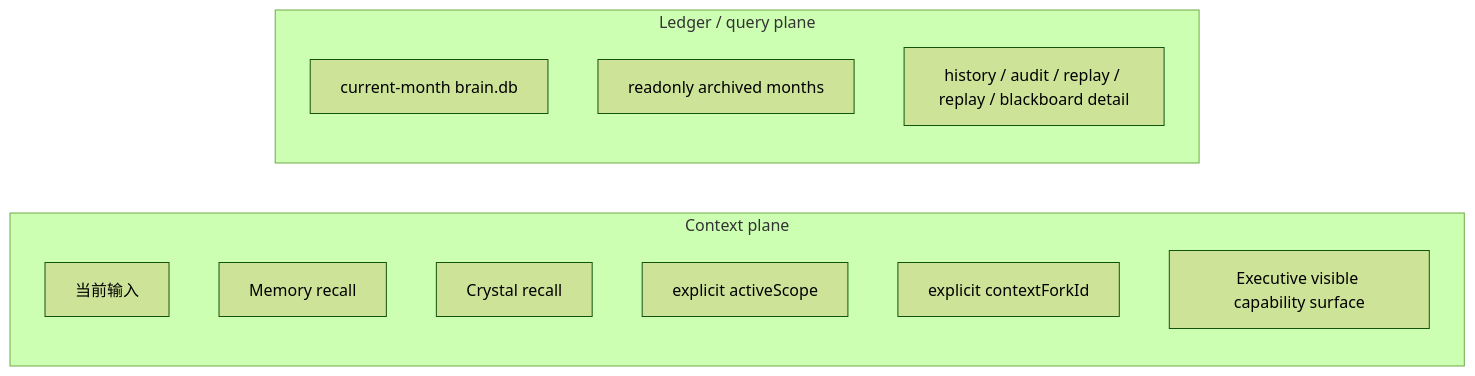
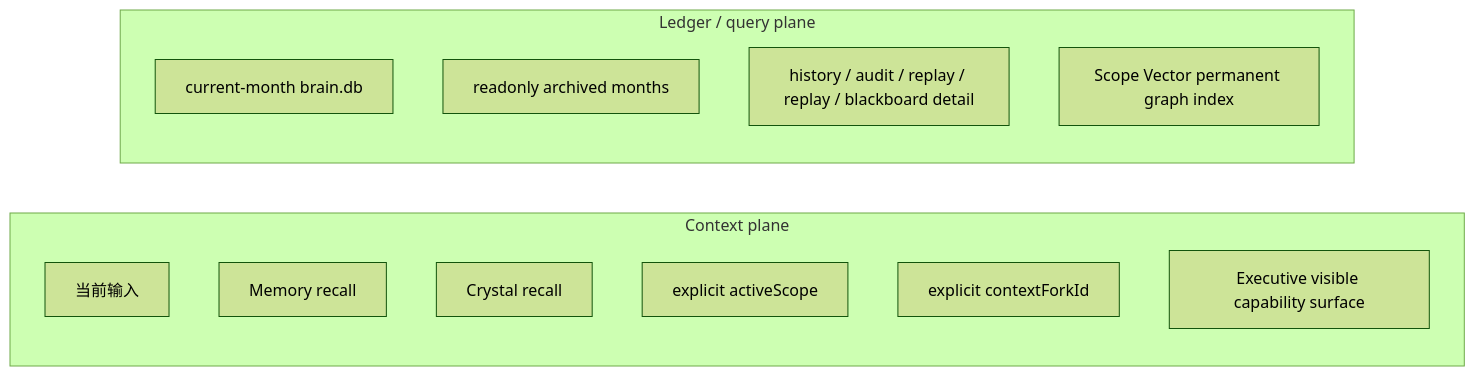
One commit to flyflor/flyflor changed the diagram in docs/architecture.zh.cn.md. Above: the diagram before and after it, drawn with Mermaid (forest theme). The commit also changed other lines of this file and 61 other files, not shown here.

Commit message:
feat: seal scope vector socket handoff

````diff
--- a/docs/architecture.zh.cn.md
+++ b/docs/architecture.zh.cn.md
@@ -36,17 +38,18 @@
 ```mermaid
 flowchart LR
     subgraph Context["Context plane"]
         Input["当前输入"]
         Memory["Memory recall"]
         Crystal["Crystal recall"]
         Scope["explicit activeScope"]
         Fork["explicit contextForkId"]
         Exec["Executive visible capability surface"]
     end
 
     subgraph Ledger["Ledger / query plane"]
         Brain["current-month brain.db"]
         Archive["readonly archived months"]
         Replay["history / audit / replay / replay / blackboard detail"]
+        ScopeVector["Scope Vector permanent graph index"]
     end
 ```
````
